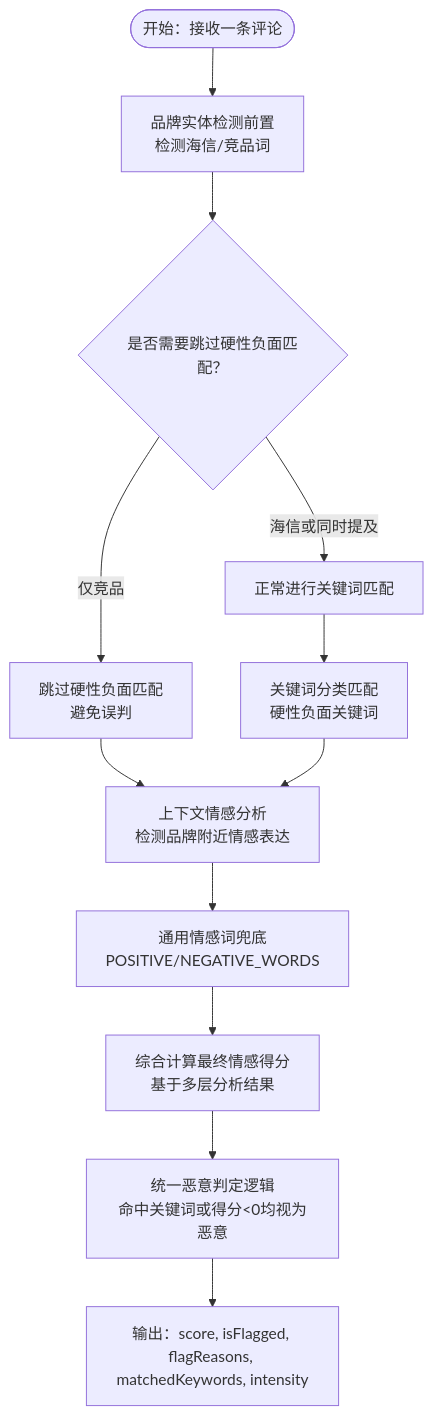
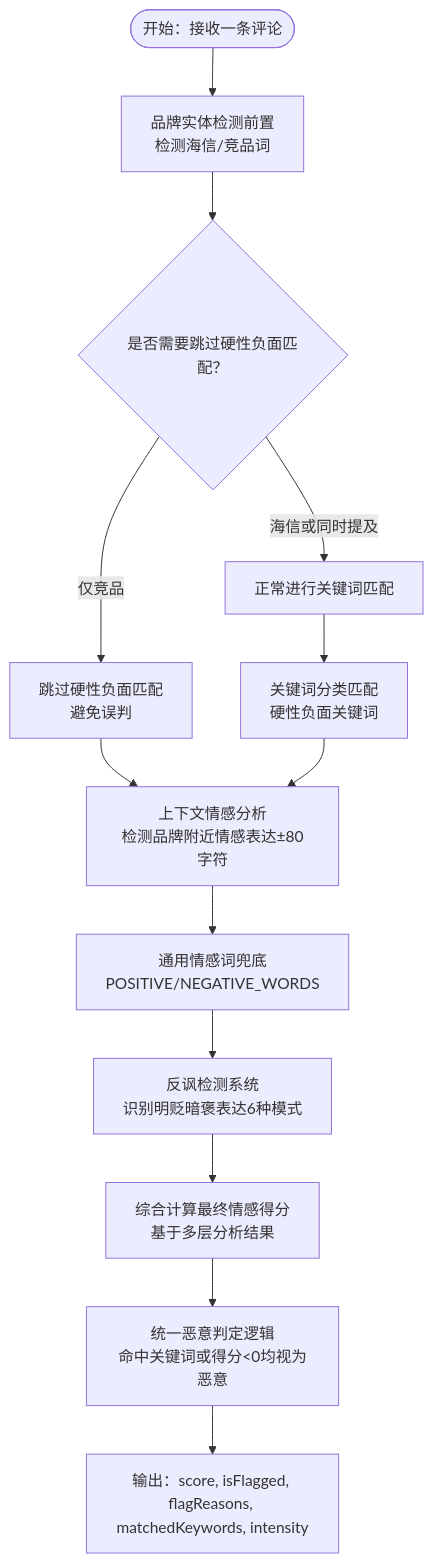
Before and after one commit to zezzezzez/reddit: the third of 10 diagrams in .qoder/repowiki/zh/content/核心模块/情感分析引擎.md, drawn with Mermaid. The commit also changed other lines of this file and 21 other files, not shown here.

````diff
--- a/.qoder/repowiki/zh/content/核心模块/情感分析引擎.md
+++ b/.qoder/repowiki/zh/content/核心模块/情感分析引擎.md
@@ -177,14 +228,15 @@
 ```mermaid
 flowchart TD
 Start(["开始：接收一条评论"]) --> BrandDetect["品牌实体检测前置<br/>检测海信/竞品词"]
 BrandDetect --> Guard{"是否需要跳过硬性负面匹配？"}
 Guard --> |仅竞品| Skip["跳过硬性负面匹配<br/>避免误判"]
 Guard --> |海信或同时提及| Normal["正常进行关键词匹配"]
-Skip --> ContextAnalyze["上下文情感分析<br/>检测品牌附近情感表达"]
+Skip --> ContextAnalyze["上下文情感分析<br/>检测品牌附近情感表达±80字符"]
 Normal --> KeywordMatch["关键词分类匹配<br/>硬性负面关键词"]
 KeywordMatch --> ContextAnalyze
 ContextAnalyze --> GenericEmotion["通用情感词兜底<br/>POSITIVE/NEGATIVE_WORDS"]
-GenericEmotion --> FinalCalc["综合计算最终情感得分<br/>基于多层分析结果"]
+GenericEmotion --> IronyDetect["反讽检测系统<br/>识别明贬暗褒表达6种模式"]
+IronyDetect --> FinalCalc["综合计算最终情感得分<br/>基于多层分析结果"]
 FinalCalc --> UnifiedCheck["统一恶意判定逻辑<br/>命中关键词或得分<0均视为恶意"]
 UnifiedCheck --> Output["输出：score, isFlagged, flagReasons, matchedKeywords, intensity"]
 ```
````
